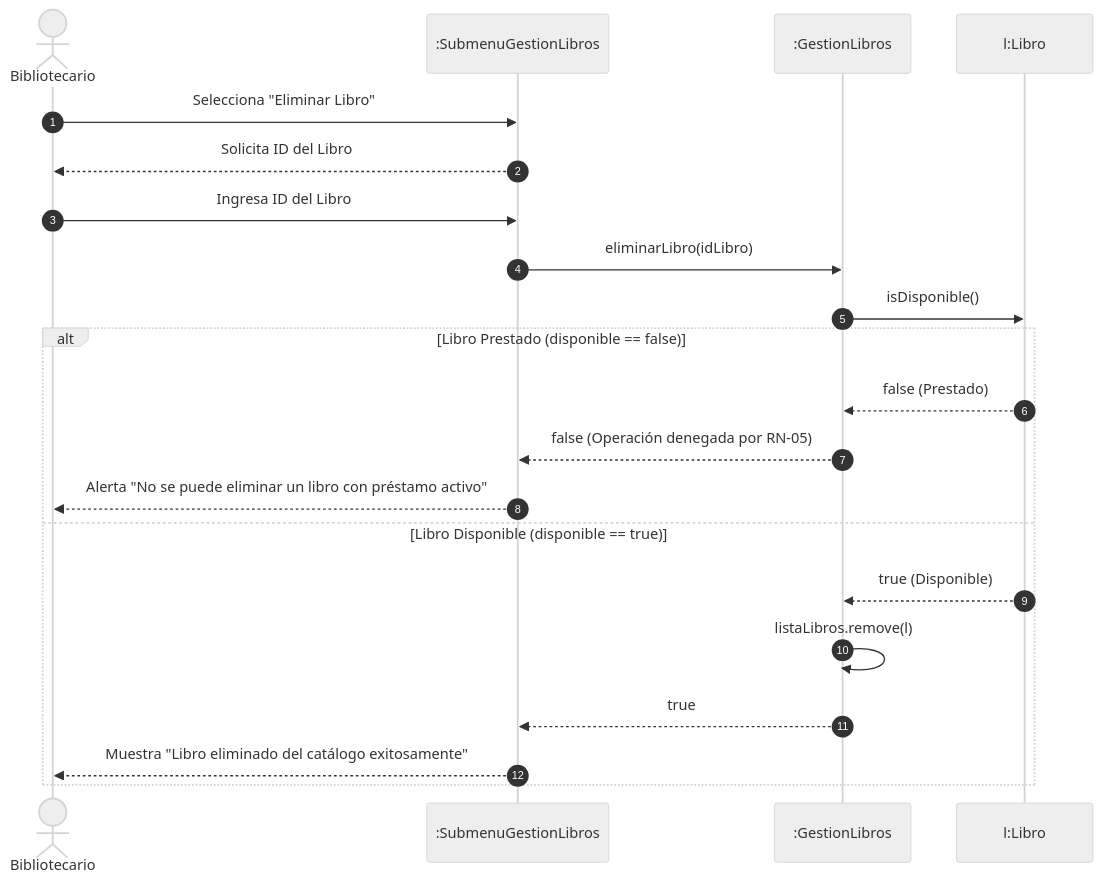
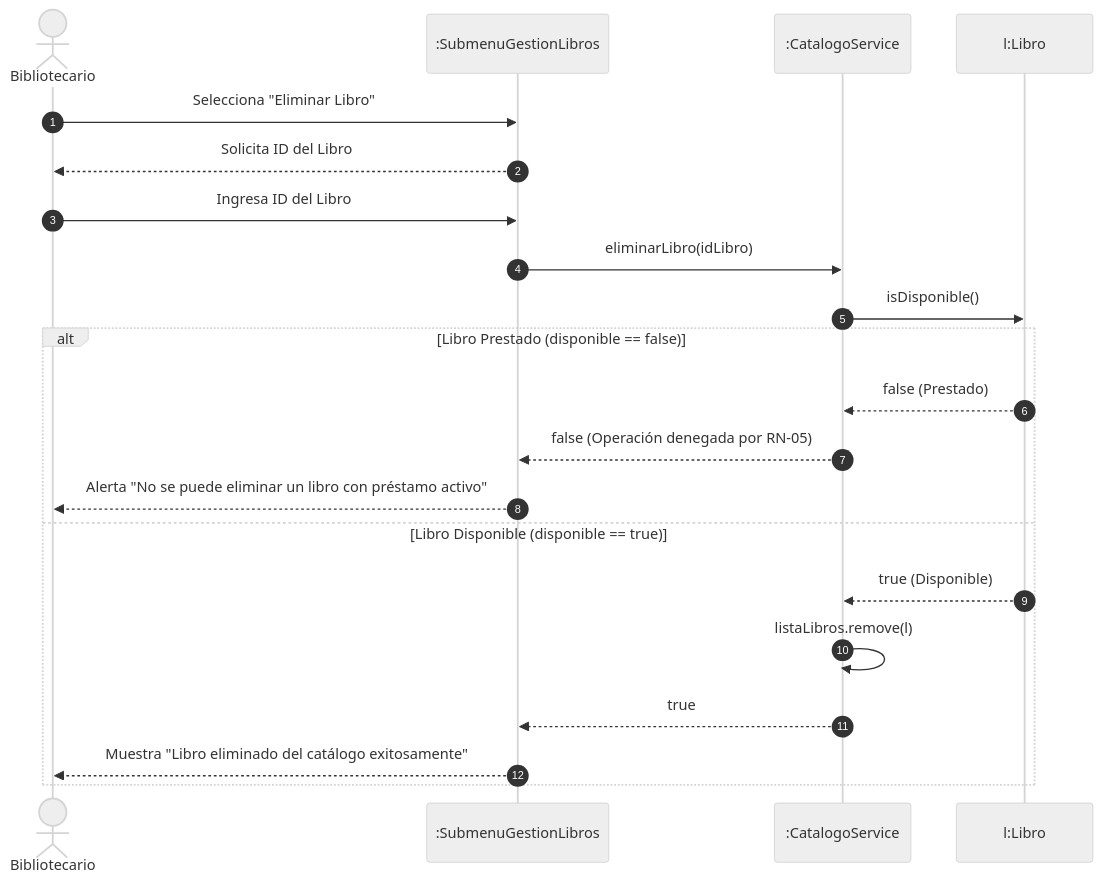
One commit to JuacHomeroC12/Gestion-de-biblioteca-virtual- changed the fifth of 8 diagrams in docs/fase3_diseno_uml.md. Above: the diagram before and after it, drawn with Mermaid (neutral theme). The commit also changed other lines of this file and 4 other files, not shown here.

````diff
--- a/docs/fase3_diseno_uml.md
+++ b/docs/fase3_diseno_uml.md
@@ -282,25 +335,25 @@
 ```mermaid
 sequenceDiagram
     autonumber
     actor B as Bibliotecario
     participant V as :SubmenuGestionLibros
-    participant S as :GestionLibros
+    participant C as :CatalogoService
     participant L as l:Libro
 
     B ->> V: Selecciona "Eliminar Libro"
     V -->> B: Solicita ID del Libro
     B ->> V: Ingresa ID del Libro
-    V ->> S: eliminarLibro(idLibro)
+    V ->> C: eliminarLibro(idLibro)
     
-    S ->> L: isDisponible()
+    C ->> L: isDisponible()
     alt Libro Prestado (disponible == false)
-        L -->> S: false (Prestado)
-        S -->> V: false (Operación denegada por RN-05)
+        L -->> C: false (Prestado)
+        C -->> V: false (Operación denegada por RN-05)
         V -->> B: Alerta "No se puede eliminar un libro con préstamo activo"
     else Libro Disponible (disponible == true)
-        L -->> S: true (Disponible)
-        S ->> S: listaLibros.remove(l)
-        S -->> V: true
+        L -->> C: true (Disponible)
+        C ->> C: listaLibros.remove(l)
+        C -->> V: true
         V -->> B: Muestra "Libro eliminado del catálogo exitosamente"
     end
 ```
````
